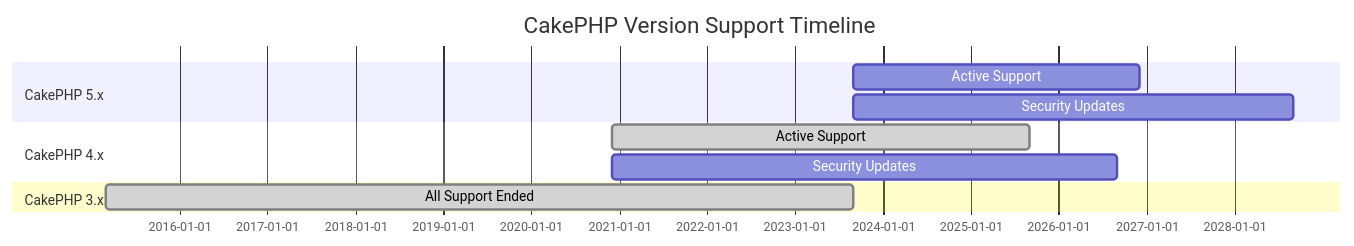
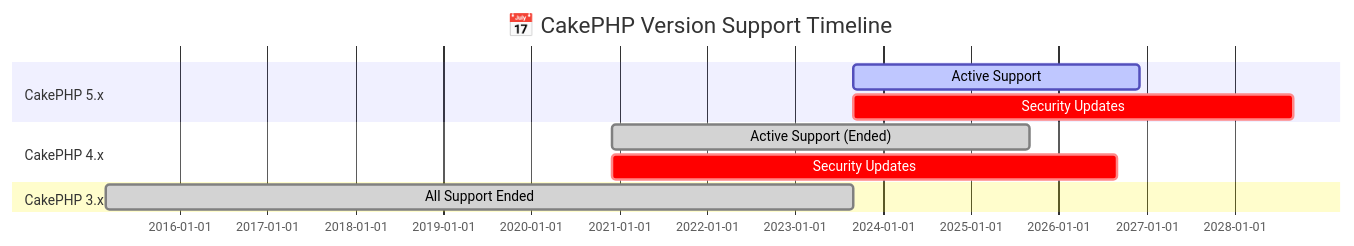
The sixth of 6 diagrams in docs/01-cakephp-at-a-glance.md (abhayraj-ops/Cake-Learn), drawn with Mermaid before and after one commit. The commit also changed other lines of this file, not shown here.

First line of the commit message:
Improve Mermaid diagrams in 01-cakephp-at-a-glance.md with dark styling

````diff
--- a/docs/01-cakephp-at-a-glance.md
+++ b/docs/01-cakephp-at-a-glance.md
@@ -323,13 +397,16 @@
 ```mermaid
 gantt
-    title CakePHP Version Support Timeline
+    title 📅 CakePHP Version Support Timeline
     dateFormat YYYY-MM
+
     section CakePHP 5.x
-    Active Support    :2023-09, 2026-12
-    Security Updates  :2023-09, 2028-09
+    Active Support           :active, 2023-09, 2026-12
+    Security Updates         :crit, 2023-09, 2028-09
+
     section CakePHP 4.x
-    Active Support    :done, 2020-12, 2025-09
-    Security Updates  :2020-12, 2026-09
+    Active Support (Ended)   :done, 2020-12, 2025-09
+    Security Updates         :crit, 2020-12, 2026-09
+
     section CakePHP 3.x
-    All Support Ended :done, 2015-03, 2023-09
+    All Support Ended        :done, 2015-03, 2023-09
 ```
````
